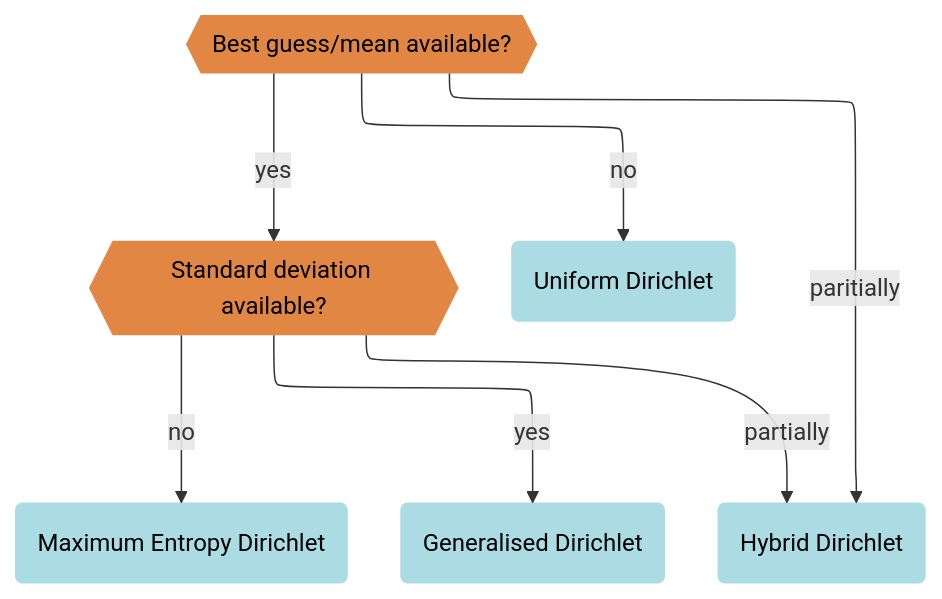
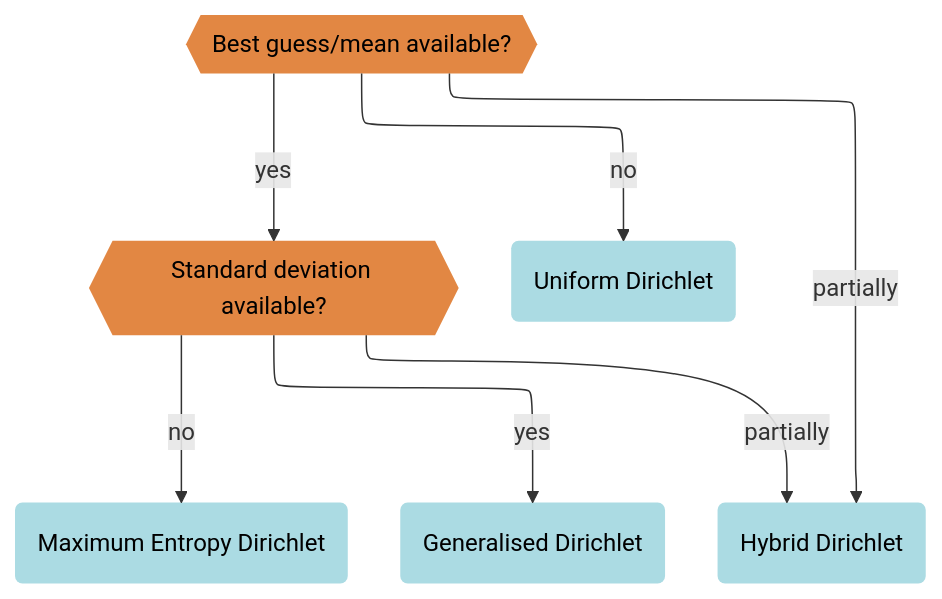
The third of 3 diagrams in docs/content/theory.md (jakobsarthur/maxent_disaggregation), drawn with Mermaid before and after one commit.

````diff
--- a/docs/content/theory.md
+++ b/docs/content/theory.md
@@ -125,22 +125,22 @@
 ```{mermaid}
 flowchart-elk TD
     %% Define node classes
     classDef decision fill:#e28743,color:black,stroke:none;
     classDef distribution fill:#abdbe3,color:black,stroke:none;
     classDef explanationnode fill:#eeeee4,color:black,stroke:none;
 
     MeanDecision{{"Best guess/mean available?"}}:::decision
     SDDecision{{"Standard deviation available?"}}:::decision
     MaxEntDir("Maximum Entropy Dirichlet"):::distribution
     GenDir("Generalised Dirichlet"):::distribution
     hybridDir("Hybrid Dirichlet"):::distribution
     UniformDir("Uniform Dirichlet"):::distribution
     
     %% Define connections
     MeanDecision -- "no" --> UniformDir
     MeanDecision -- "yes" --> SDDecision
-    MeanDecision -- "paritially" --> hybridDir
+    MeanDecision -- "partially" --> hybridDir
     SDDecision -- "no" --> MaxEntDir
     SDDecision -- "yes" --> GenDir
     SDDecision -- "partially" --> hybridDir
 ```
````
